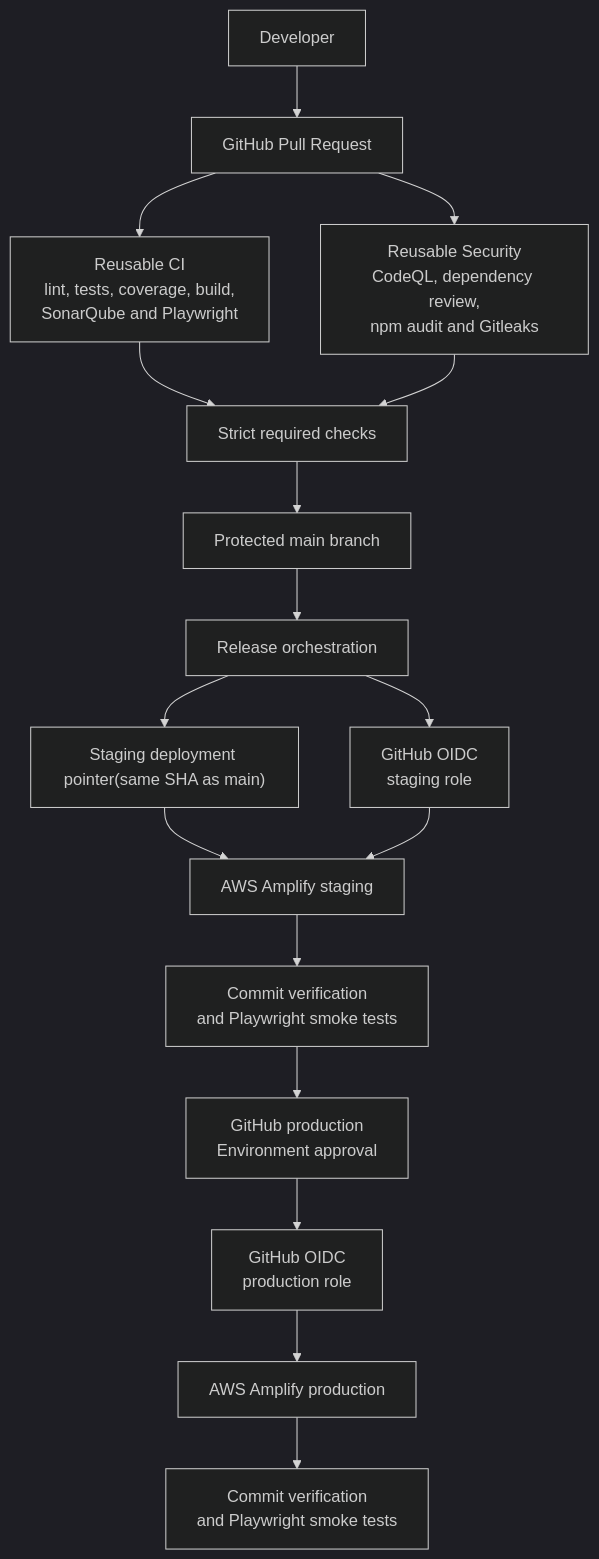
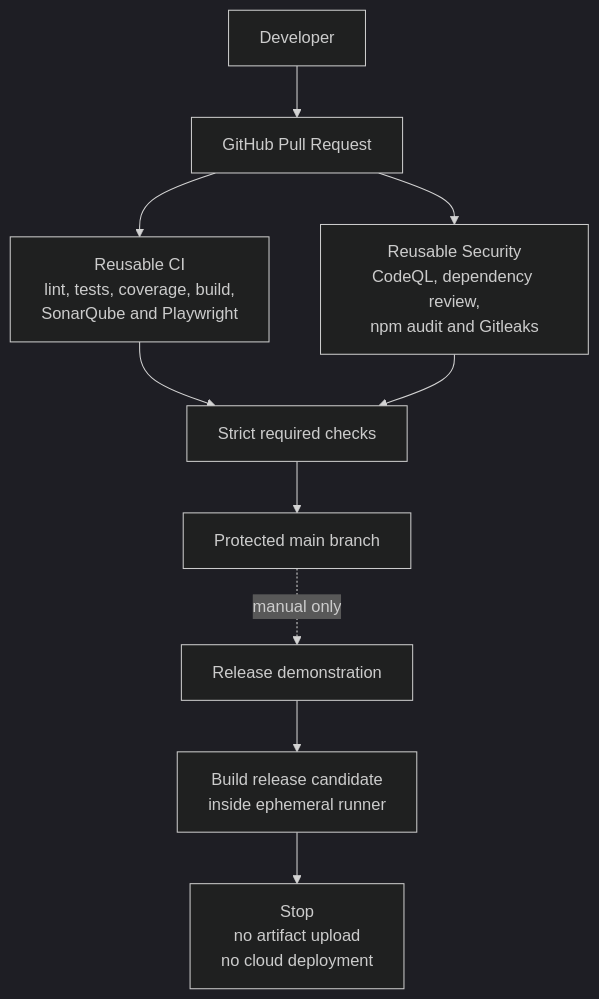
One commit to DDongZheng/flightops-secure-delivery changed the diagram in README.md. Above: the diagram before and after it, drawn with Mermaid (dark theme). The commit also changed other lines of this file and 14 other files, not shown here.

Commit message:
chore: retire cloud deployment

````diff
--- a/README.md
+++ b/README.md
@@ -44,24 +48,15 @@
 ```mermaid
 flowchart TD
     Developer["Developer"] --> PR["GitHub Pull Request"]
 
     PR --> CI["Reusable CI<br/>lint, tests, coverage, build,<br/>SonarQube and Playwright"]
     PR --> Security["Reusable Security<br/>CodeQL, dependency review,<br/>npm audit and Gitleaks"]
 
     CI --> Gate["Strict required checks"]
     Security --> Gate
     Gate --> Main["Protected main branch"]
 
-    Main --> Release["Release orchestration"]
-    Release --> StagingBranch["Staging deployment pointer(same SHA as main)"]
-    Release --> StagingOIDC["GitHub OIDC<br/>staging role"]
-
-    StagingBranch --> AmplifyStaging["AWS Amplify staging"]
-    StagingOIDC --> AmplifyStaging
-    AmplifyStaging --> StagingVerify["Commit verification<br/>and Playwright smoke tests"]
-
-    StagingVerify --> Approval["GitHub production<br/>Environment approval"]
-    Approval --> ProductionOIDC["GitHub OIDC<br/>production role"]
-    ProductionOIDC --> AmplifyProduction["AWS Amplify production"]
-    AmplifyProduction --> ProductionVerify["Commit verification<br/>and Playwright smoke tests"]
+    Main -. manual only .-> Demo["Release demonstration"]
+    Demo --> Build["Build release candidate<br/>inside ephemeral runner"]
+    Build --> Stop["Stop<br/>no artifact upload<br/>no cloud deployment"]
 ```
````
